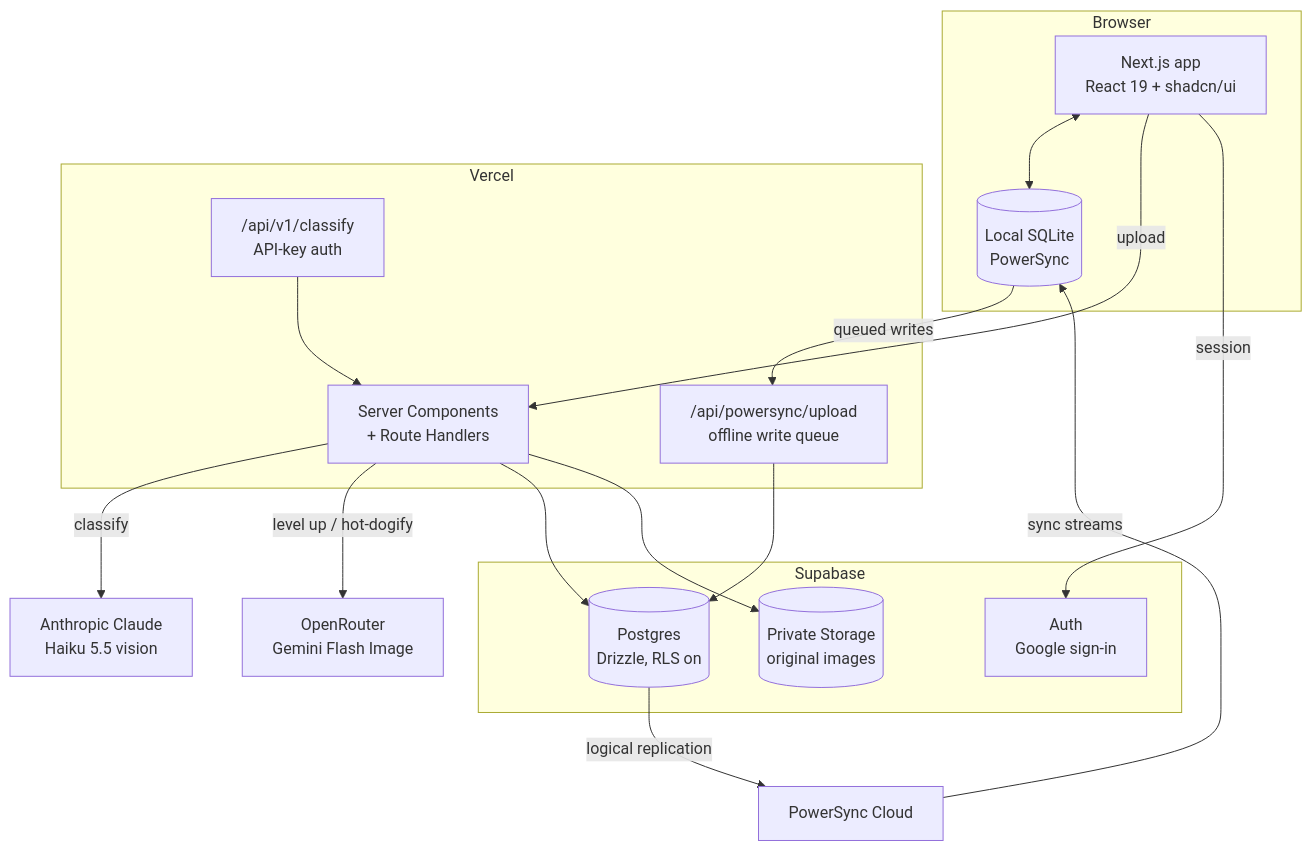
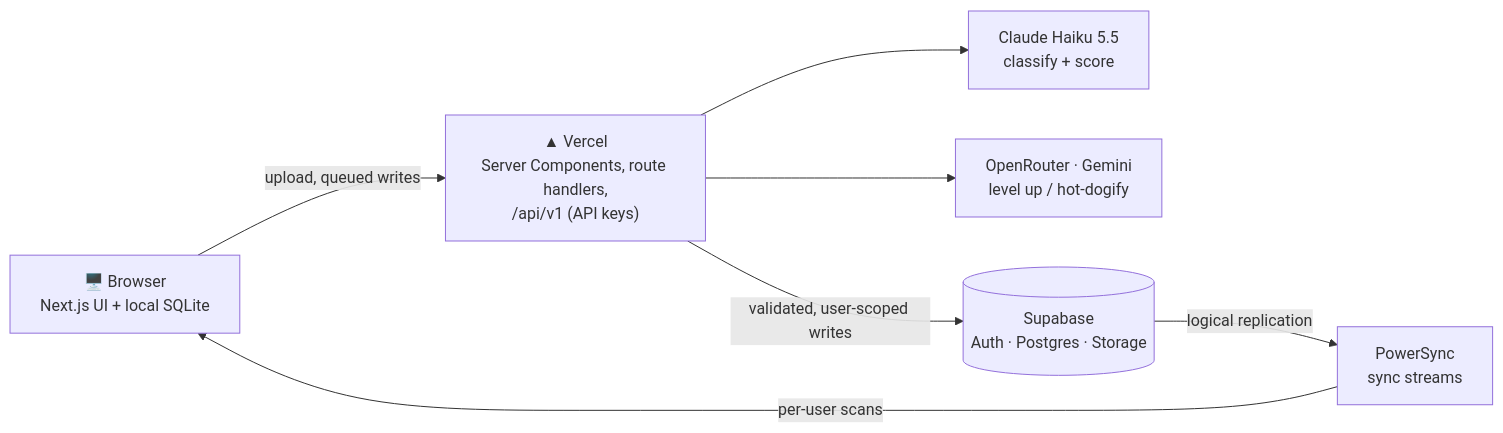
Before and after one commit to furiousteabag/seamflow-home-task: the diagram in README.md, drawn with Mermaid.

Commit message:
README: simpler architecture diagram

````diff
--- a/README.md
+++ b/README.md
@@ -41,34 +41,16 @@
 ```mermaid
-flowchart TB
-  subgraph Browser
-    UI[Next.js app<br/>React 19 + shadcn/ui]
-    LDB[(Local SQLite<br/>PowerSync)]
-    UI <--> LDB
-  end
+flowchart LR
+  B["🖥️ Browser<br/>Next.js UI + local SQLite"]
+  V["▲ Vercel<br/>Server Components, route handlers,<br/>/api/v1 (API keys)"]
+  C["Claude Haiku 5.5<br/>classify + score"]
+  O["OpenRouter · Gemini<br/>level up / hot-dogify"]
+  S[("Supabase<br/>Auth · Postgres · Storage")]
+  P["PowerSync<br/>sync streams"]
 
-  subgraph Vercel
-    RSC[Server Components<br/>+ Route Handlers]
-    API["/api/v1/classify<br/>API-key auth"]
-    UP["/api/powersync/upload<br/>offline write queue"]
-  end
-
-  subgraph Supabase
-    AUTH[Auth<br/>Google sign-in]
-    PG[(Postgres<br/>Drizzle, RLS on)]
-    ST[(Private Storage<br/>original images)]
-  end
-
-  CL[Anthropic Claude<br/>Haiku 5.5 vision]
-  OR[OpenRouter<br/>Gemini Flash Image]
-  PS[PowerSync Cloud]
-
-  UI -- upload --> RSC
-  API --> RSC
-  RSC -- classify --> CL
-  RSC -- level up / hot-dogify --> OR
-  RSC --> PG
-  RSC --> ST
-  UI -- session --> AUTH
-  LDB -- queued writes --> UP --> PG
-  PG -- logical replication --> PS -- sync streams --> LDB
+  B -- "upload, queued writes" --> V
+  V --> C
+  V --> O
+  V -- "validated, user-scoped writes" --> S
+  S -- "logical replication" --> P
+  P -- "per-user scans" --> B
 ```
````
